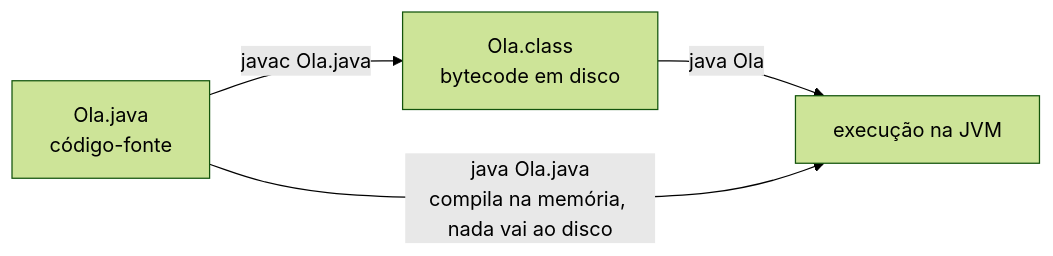
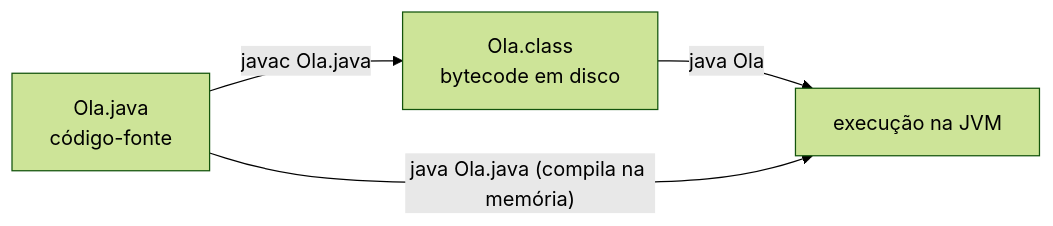
One commit to viniciusdias2902/livro_java changed the diagram in src/capitulos/02-execucao.md. Above: the diagram before and after it, drawn with Mermaid (forest theme).

Commit message:
Capítulo 2: rótulo de aresta do diagrama em linha única
O <br> em rótulo de aresta renderiza mal no mermaid; a explicação longa
fica na prosa e a seta carrega só o comando.

````diff
--- a/src/capitulos/02-execucao.md
+++ b/src/capitulos/02-execucao.md
@@ -166,9 +166,9 @@
 ```mermaid
 flowchart LR
     F["Ola.java<br>código-fonte"]
     C["Ola.class<br>bytecode em disco"]
     E["execução na JVM"]
     F -->|"javac Ola.java"| C
     C -->|"java Ola"| E
-    F -->|"java Ola.java<br>compila na memória, nada vai ao disco"| E
+    F -->|"java Ola.java (compila na memória)"| E
 ```
````
